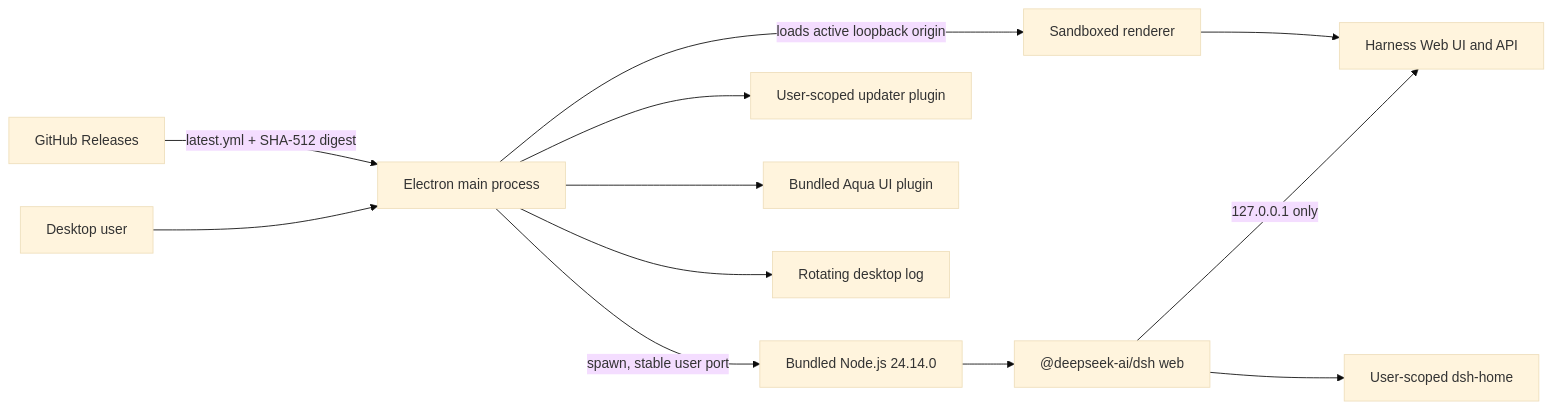
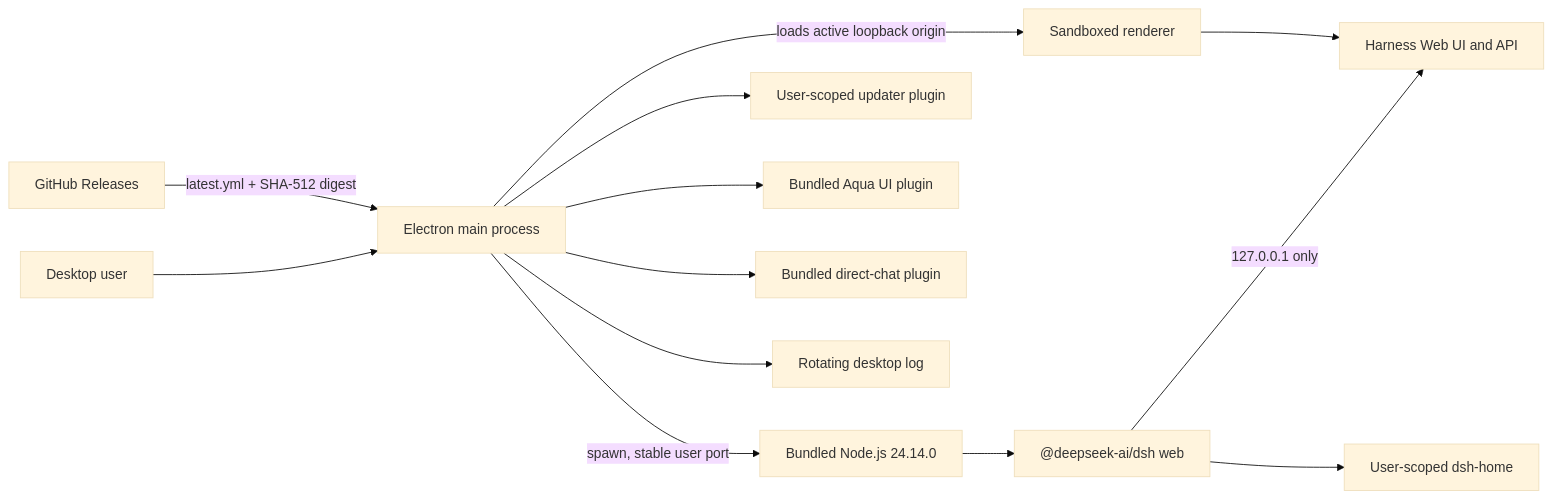
Before and after one commit to Icdafy/DeepSeek-Harness-Desktop: the diagram in docs/ARCHITECTURE.md, drawn with Mermaid (base theme). The commit also changed other lines of this file and 16 other files, not shown here.

````diff
--- a/docs/ARCHITECTURE.md
+++ b/docs/ARCHITECTURE.md
@@ -5,14 +5,15 @@
 ```mermaid
 flowchart LR
     U["Desktop user"] --> E["Electron main process"]
     E -->|"spawn, stable user port"| N["Bundled Node.js 24.14.0"]
     N --> D["@deepseek-ai/dsh web"]
     D -->|"127.0.0.1 only"| W["Harness Web UI and API"]
     E -->|"loads active loopback origin"| R["Sandboxed renderer"]
     R --> W
     G["GitHub Releases"] -->|"latest.yml + SHA-512 digest"| E
     E --> P["User-scoped updater plugin"]
     E --> A["Bundled Aqua UI plugin"]
+    E --> C["Bundled direct-chat plugin"]
     D --> H["User-scoped dsh-home"]
     E --> L["Rotating desktop log"]
 ```
````
